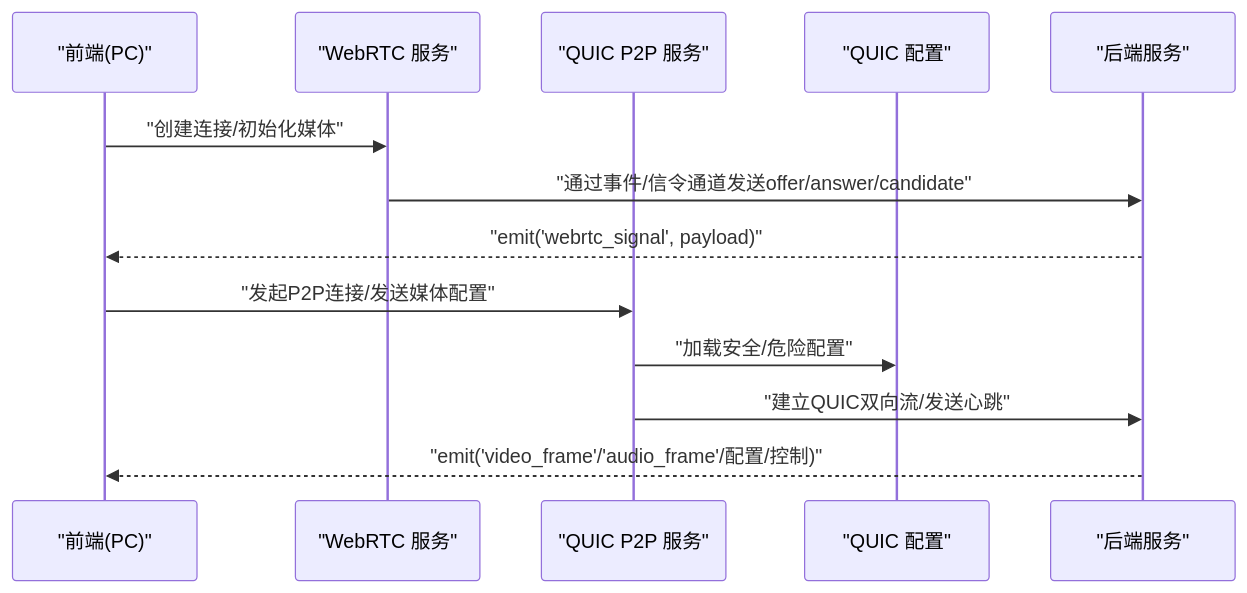
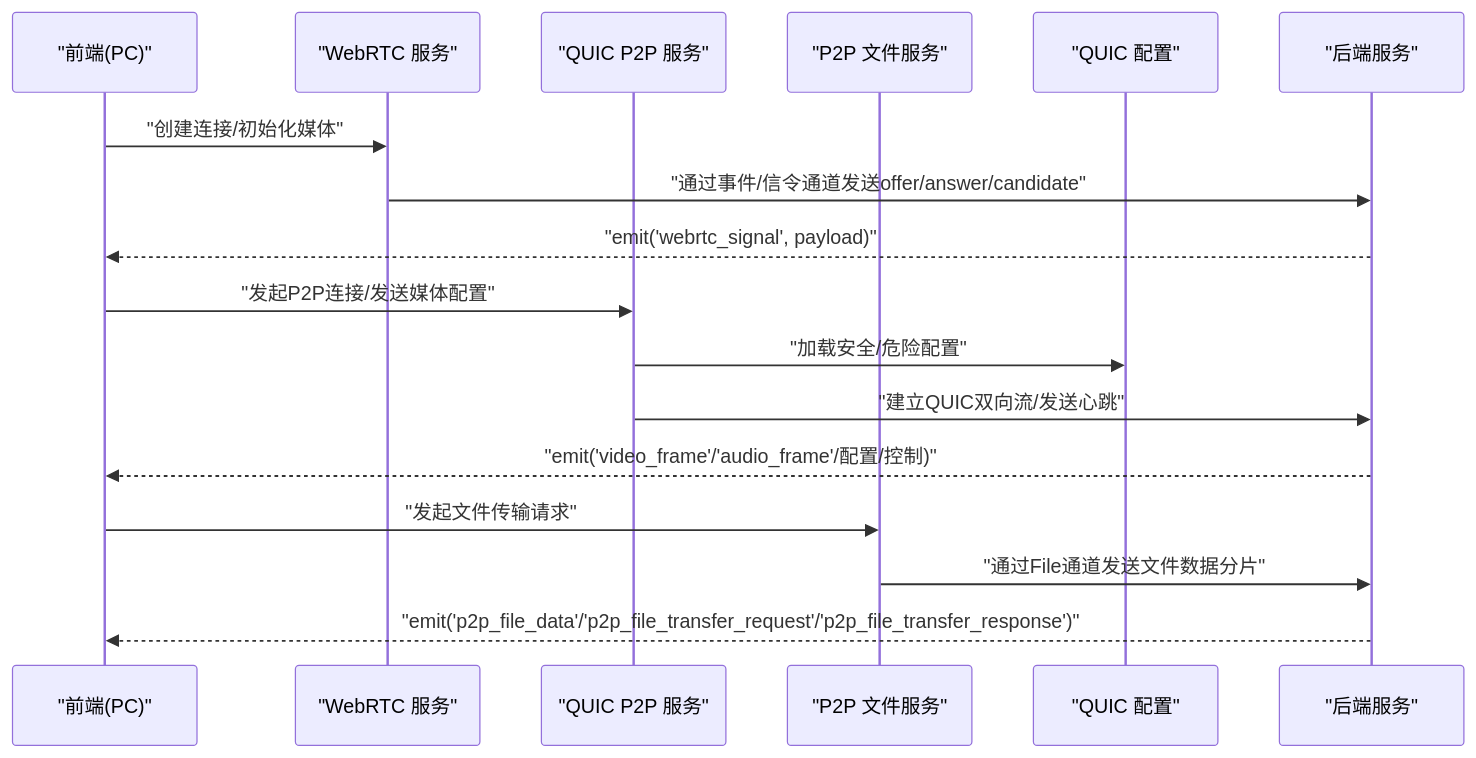
The second of 11 diagrams in .qoder/repowiki/zh/content/网络通信/网络通信.md (nicolastinger/only-talk-app), drawn with Mermaid before and after one commit. The commit also changed other lines of this file and 9 other files, not shown here.

````diff
--- a/.qoder/repowiki/zh/content/网络通信/网络通信.md
+++ b/.qoder/repowiki/zh/content/网络通信/网络通信.md
@@ -101,15 +123,19 @@
 ```mermaid
 sequenceDiagram
 participant FE as "前端(PC)"
 participant WRS as "WebRTC 服务"
 participant QP2P as "QUIC P2P 服务"
+participant QFS as "P2P 文件服务"
 participant QCFG as "QUIC 配置"
 participant Srv as "后端服务"
 FE->>WRS : "创建连接/初始化媒体"
 WRS->>Srv : "通过事件/信令通道发送offer/answer/candidate"
 Srv-->>FE : "emit('webrtc_signal', payload)"
 FE->>QP2P : "发起P2P连接/发送媒体配置"
 QP2P->>QCFG : "加载安全/危险配置"
 QP2P->>Srv : "建立QUIC双向流/发送心跳"
 Srv-->>FE : "emit('video_frame'/'audio_frame'/配置/控制)"
+FE->>QFS : "发起文件传输请求"
+QFS->>Srv : "通过File通道发送文件数据分片"
+Srv-->>FE : "emit('p2p_file_data'/'p2p_file_transfer_request'/'p2p_file_transfer_response')"
 ```
````
